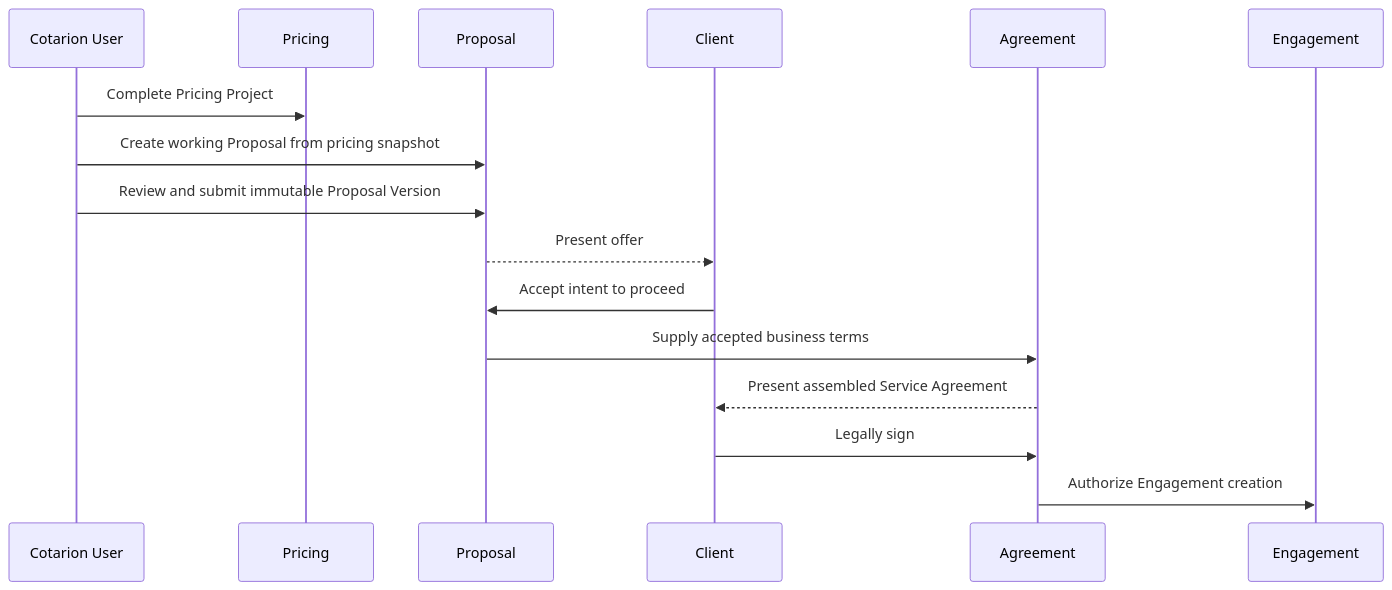
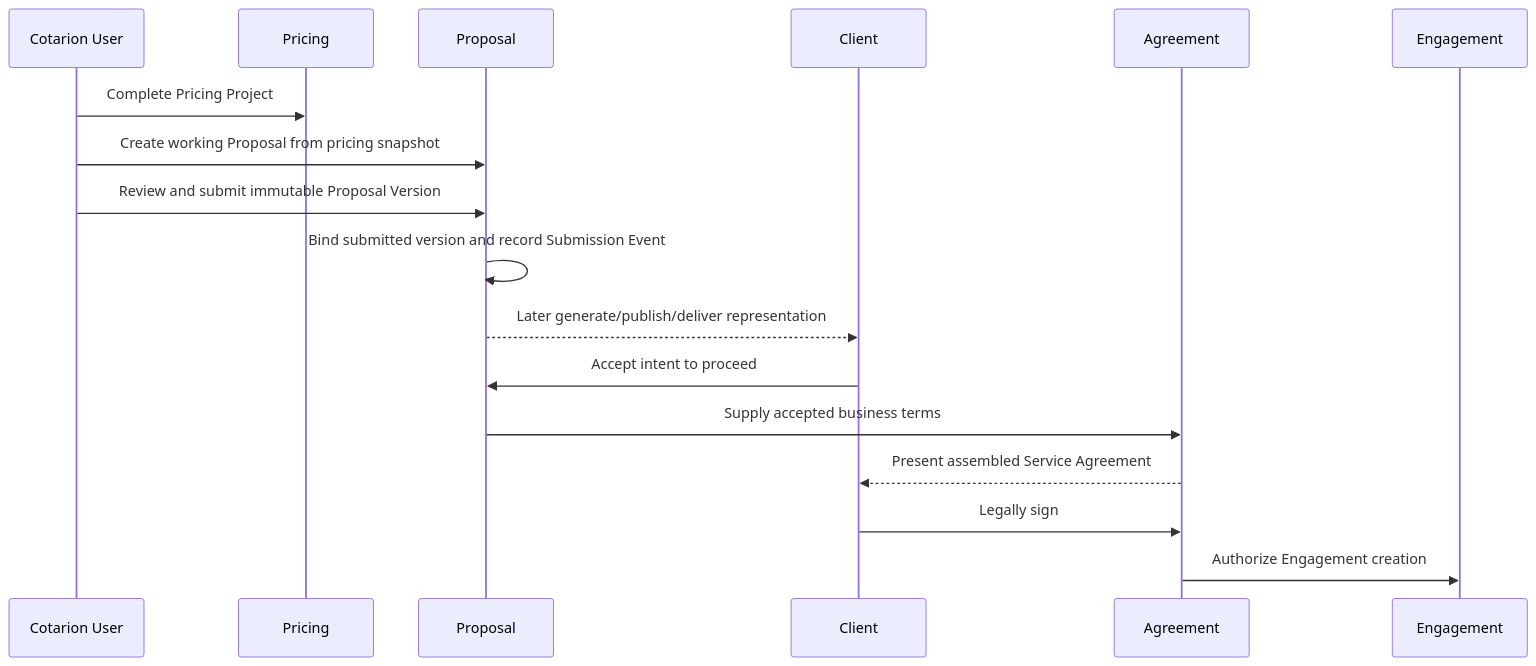
One commit to coty-gibson/Cotarion-Projects changed the fourth of 6 diagrams in docs/adr/ADR-017-proposal-management-business-architecture.md. Above: the diagram before and after it, drawn with Mermaid. The commit also changed other lines of this file and 27 other files, not shown here.

Commit message:
docs: finalize Proposal Management architecture for Sprint 3 readiness

````diff
--- a/docs/adr/ADR-017-proposal-management-business-architecture.md
+++ b/docs/adr/ADR-017-proposal-management-business-architecture.md
@@ -415,19 +421,20 @@
 ```mermaid
 sequenceDiagram
     participant U as Cotarion User
     participant PR as Pricing
     participant PO as Proposal
     participant C as Client
     participant AG as Agreement
     participant EN as Engagement
 
     U->>PR: Complete Pricing Project
     U->>PO: Create working Proposal from pricing snapshot
     U->>PO: Review and submit immutable Proposal Version
-    PO-->>C: Present offer
+    PO->>PO: Bind submitted version and record Submission Event
+    PO-->>C: Later generate/publish/deliver representation
     C->>PO: Accept intent to proceed
     PO->>AG: Supply accepted business terms
     AG-->>C: Present assembled Service Agreement
     C->>AG: Legally sign
     AG->>EN: Authorize Engagement creation
 ```
````
